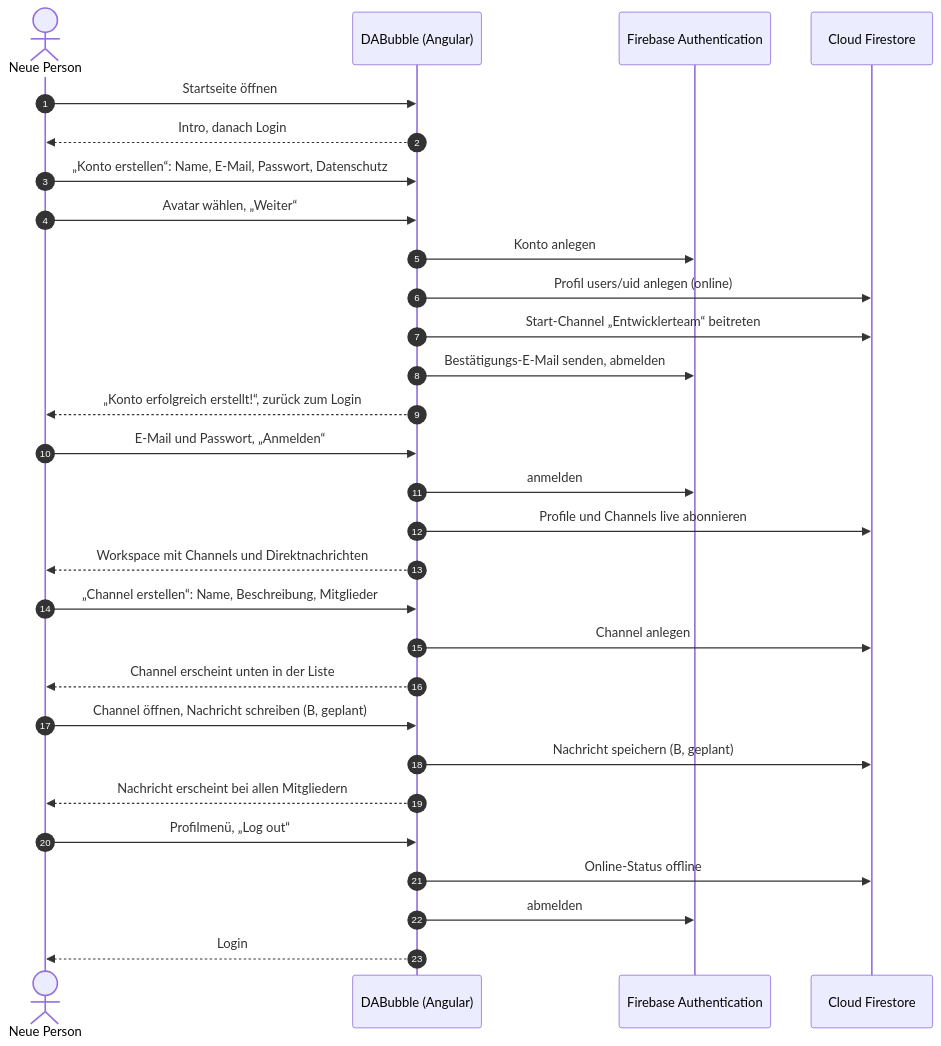
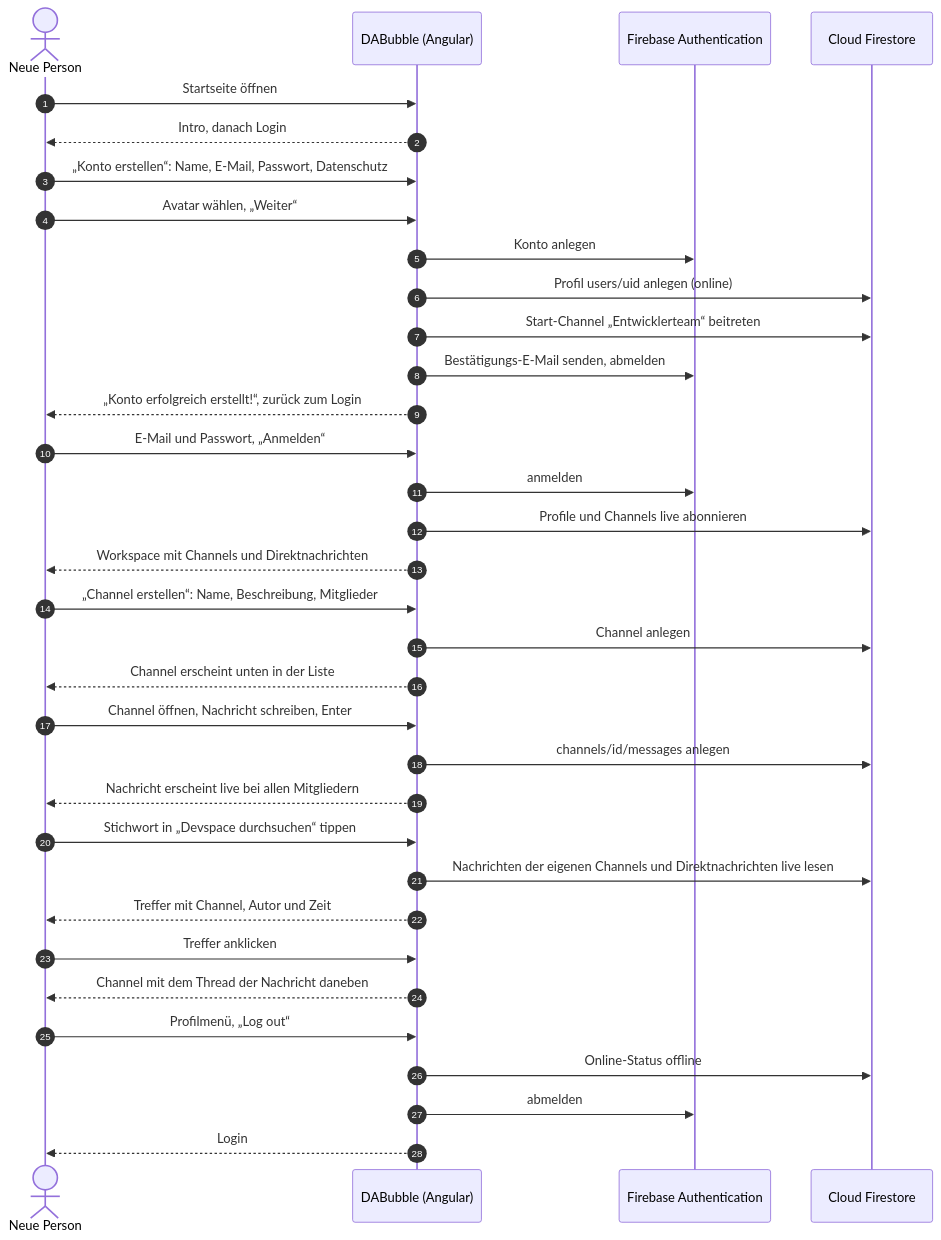
One commit to ttoebbe/dabubble changed the third of 7 diagrams in README.md. Above: the diagram before and after it, drawn with Mermaid. The commit also changed other lines of this file, not shown here.

````diff
--- a/README.md
+++ b/README.md
@@ -185,32 +188,37 @@
 ```mermaid
 sequenceDiagram
   autonumber
   actor person as Neue Person
   participant app as DABubble (Angular)
   participant auth as Firebase Authentication
   participant db as Cloud Firestore
 
   person->>app: Startseite öffnen
   app-->>person: Intro, danach Login
   person->>app: „Konto erstellen“: Name, E-Mail, Passwort, Datenschutz
   person->>app: Avatar wählen, „Weiter“
   app->>auth: Konto anlegen
   app->>db: Profil users/uid anlegen (online)
   app->>db: Start-Channel „Entwicklerteam“ beitreten
   app->>auth: Bestätigungs-E-Mail senden, abmelden
   app-->>person: „Konto erfolgreich erstellt!“, zurück zum Login
   person->>app: E-Mail und Passwort, „Anmelden“
   app->>auth: anmelden
   app->>db: Profile und Channels live abonnieren
   app-->>person: Workspace mit Channels und Direktnachrichten
   person->>app: „Channel erstellen“: Name, Beschreibung, Mitglieder
   app->>db: Channel anlegen
   app-->>person: Channel erscheint unten in der Liste
-  person->>app: Channel öffnen, Nachricht schreiben (B, geplant)
-  app->>db: Nachricht speichern (B, geplant)
-  app-->>person: Nachricht erscheint bei allen Mitgliedern
+  person->>app: Channel öffnen, Nachricht schreiben, Enter
+  app->>db: channels/id/messages anlegen
+  app-->>person: Nachricht erscheint live bei allen Mitgliedern
+  person->>app: Stichwort in „Devspace durchsuchen“ tippen
+  app->>db: Nachrichten der eigenen Channels und Direktnachrichten live lesen
+  app-->>person: Treffer mit Channel, Autor und Zeit
+  person->>app: Treffer anklicken
+  app-->>person: Channel mit dem Thread der Nachricht daneben
   person->>app: Profilmenü, „Log out“
   app->>db: Online-Status offline
   app->>auth: abmelden
   app-->>person: Login
 ```
````
